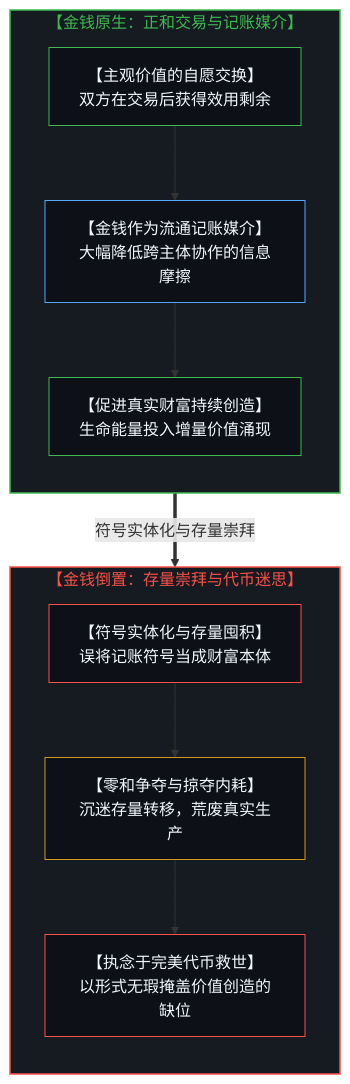
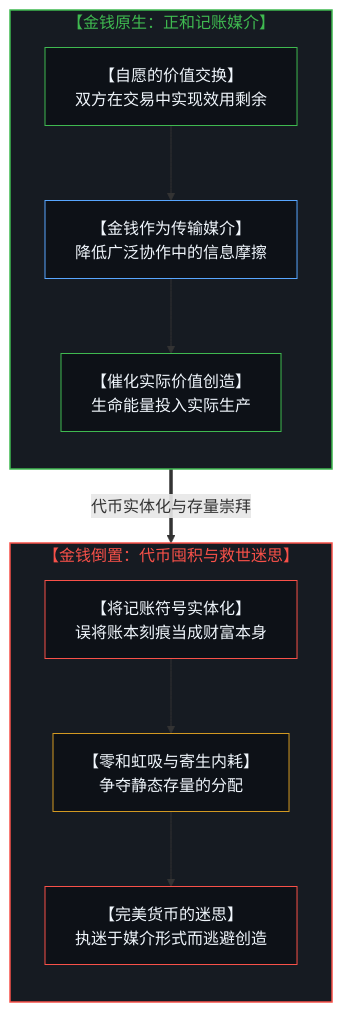
Before and after one commit to powerpig99/not-a-toe: the ninth of 16 diagrams in content/posts/the-dissolution-of-the-great-reversal.md, drawn with Mermaid. The commit also changed other lines of this file and 3 other files, not shown here.

````diff
--- a/content/posts/the-dissolution-of-the-great-reversal.md
+++ b/content/posts/the-dissolution-of-the-great-reversal.md
@@ -349,31 +325,28 @@
 ```mermaid
 flowchart TD
-    subgraph S_NativeTrade["【金钱原生：正和交易与记账媒介】"]
+    subgraph S_NativeTrade["【金钱原生：正和记账媒介】"]
         direction TB
-        SubjectiveTrade["【主观价值的自愿交换】<br/>双方在交易后获得效用剩余"]
-        AccountingMedium["【金钱作为流通记账媒介】<br/>大幅降低跨主体协作的信息摩擦"]
-        RealWealthExpansion["【促进真实财富持续创造】<br/>生命能量投入增量价值涌现"]
+        SubjectiveTrade["【自愿的价值交换】<br/>双方在交易中实现效用剩余"]
+        AccountingMedium["【金钱作为传输媒介】<br/>降低广泛协作中的信息摩擦"]
+        RealWealthExpansion["【催化实际价值创造】<br/>生命能量投入实际生产"]
         SubjectiveTrade --> AccountingMedium
         AccountingMedium --> RealWealthExpansion
     end
-
-    S_NativeTrade ==>|"符号实体化与存量崇拜"| S_InvertedMoney
-
-    subgraph S_InvertedMoney["【金钱倒置：存量崇拜与代币迷思】"]
+    S_NativeTrade ==>|"代币实体化与存量崇拜"| S_InvertedMoney
+    subgraph S_InvertedMoney["【金钱倒置：代币囤积与救世迷思】"]
         direction TB
-        TokenHoarding["【符号实体化与存量囤积】<br/>误将记账符号当成财富本体"]
-        ZeroSumSiphon["【零和争夺与掠夺内耗】<br/>沉迷存量转移，荒废真实生产"]
-        PerfectTokenMyth["【执念于完美代币救世】<br/>以形式无瑕掩盖价值创造的缺位"]
+        TokenHoarding["【将记账符号实体化】<br/>误将账本刻痕当成财富本身"]
+        ZeroSumSiphon["【零和虹吸与寄生内耗】<br/>争夺静态存量的分配"]
+        PerfectTokenMyth["【完美货币的迷思】<br/>执迷于媒介形式而逃避创造"]
         TokenHoarding --> ZeroSumSiphon
         ZeroSumSiphon --> PerfectTokenMyth
     end
-
     style S_NativeTrade fill:#161b22,stroke:#3fb950,stroke-width:1.5px,color:#3fb950
     style S_InvertedMoney fill:#161b22,stroke:#f85149,stroke-width:1.5px,color:#f85149
     style SubjectiveTrade fill:#0d1117,stroke:#3fb950,stroke-width:1px,color:#f0f6fc
     style AccountingMedium fill:#0d1117,stroke:#58a6ff,stroke-width:1px,color:#f0f6fc
     style RealWealthExpansion fill:#0d1117,stroke:#3fb950,stroke-width:1px,color:#f0f6fc
     style TokenHoarding fill:#0d1117,stroke:#f85149,stroke-width:1px,color:#f0f6fc
     style ZeroSumSiphon fill:#0d1117,stroke:#d29922,stroke-width:1px,color:#f0f6fc
     style PerfectTokenMyth fill:#0d1117,stroke:#f85149,stroke-width:1px,color:#f0f6fc
 ```
````
